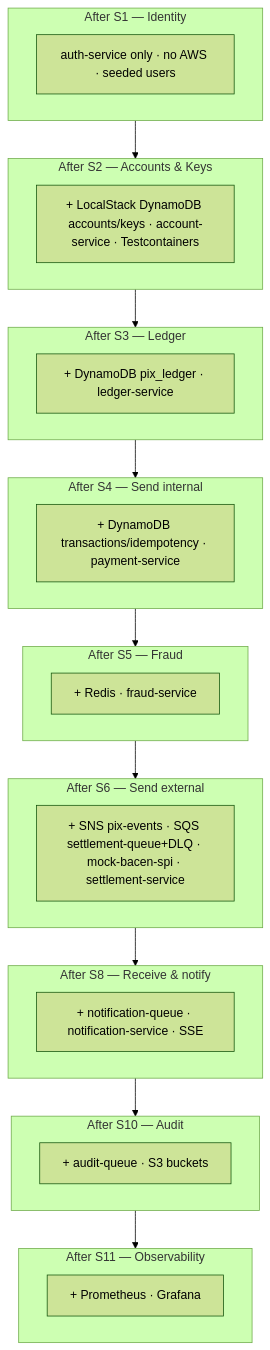
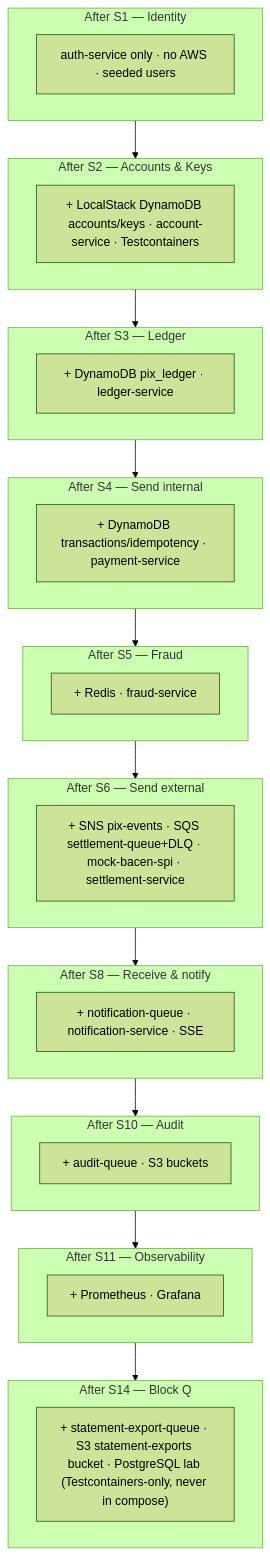
The fourth of 16 diagrams in ARCHITECTURE.md (filiperibolli/platinumcoin-pix), drawn with Mermaid (forest theme) before and after one commit. The commit also changed other lines of this file and 5 other files, not shown here.

````diff
--- a/ARCHITECTURE.md
+++ b/ARCHITECTURE.md
@@ -239,31 +272,34 @@
 ```mermaid
 graph TB
     subgraph s1["After S1 — Identity"]
         a1[auth-service only · no AWS · seeded users]
     end
     subgraph s2["After S2 — Accounts & Keys"]
         a2[+ LocalStack DynamoDB accounts/keys · account-service · Testcontainers]
     end
     subgraph s3["After S3 — Ledger"]
         a3[+ DynamoDB pix_ledger · ledger-service]
     end
     subgraph s4["After S4 — Send internal"]
         a4[+ DynamoDB transactions/idempotency · payment-service]
     end
     subgraph s5["After S5 — Fraud"]
         a5[+ Redis · fraud-service]
     end
     subgraph s6["After S6 — Send external"]
         a6[+ SNS pix-events · SQS settlement-queue+DLQ · mock-bacen-spi · settlement-service]
     end
     subgraph s8["After S8 — Receive & notify"]
         a8[+ notification-queue · notification-service · SSE]
     end
     subgraph s10["After S10 — Audit"]
         a10[+ audit-queue · S3 buckets]
     end
     subgraph s11["After S11 — Observability"]
         a11[+ Prometheus · Grafana]
     end
-    s1 --> s2 --> s3 --> s4 --> s5 --> s6 --> s8 --> s10 --> s11
+    subgraph s14["After S14 — Block Q"]
+        a14["+ statement-export-queue · S3 statement-exports bucket · PostgreSQL lab (Testcontainers-only, never in compose)"]
+    end
+    s1 --> s2 --> s3 --> s4 --> s5 --> s6 --> s8 --> s10 --> s11 --> s14
 ```
````
